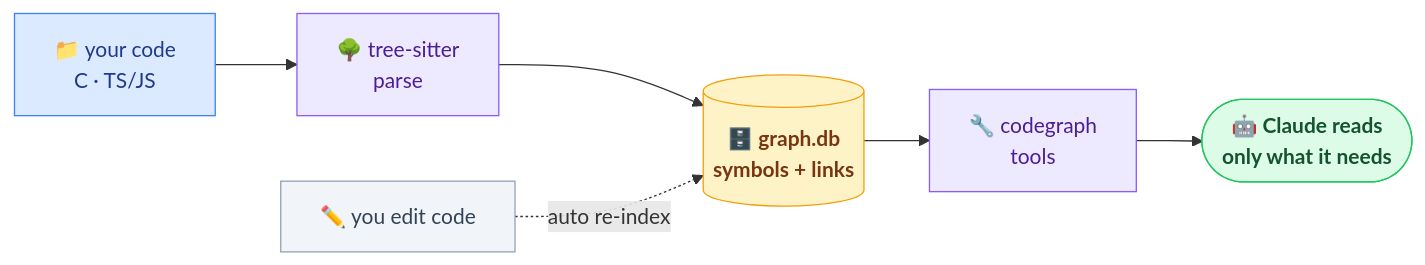
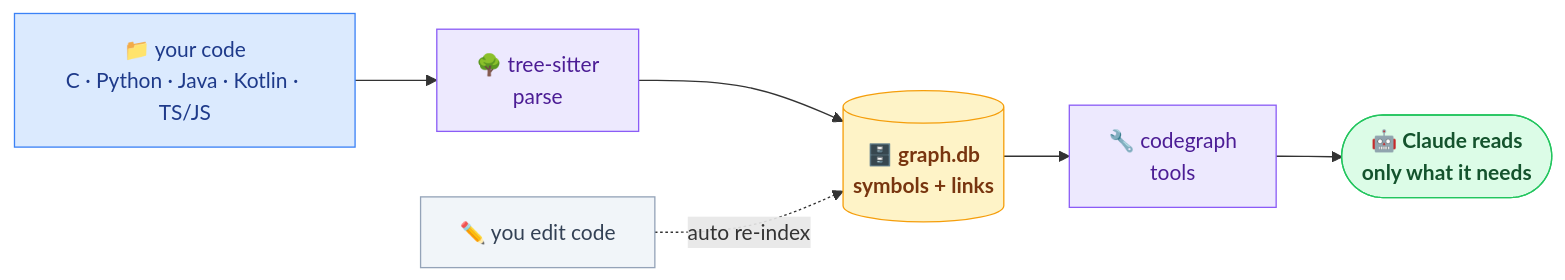
The second of 3 diagrams in README.md (kaleLetendre/wiregraph), drawn with Mermaid before and after one commit. The commit also changed other lines of this file and 97 other files, not shown here.

````diff
--- a/README.md
+++ b/README.md
@@ -44,11 +44,11 @@
 ```mermaid
 flowchart LR
-  src["📁 your code<br/>C · TS/JS"]:::src --> ts["🌳 tree-sitter<br/>parse"]:::proc --> db[("🗄️ graph.db<br/>symbols + links")]:::store
+  src["📁 your code<br/>C · Python · Java · Kotlin · TS/JS"]:::src --> ts["🌳 tree-sitter<br/>parse"]:::proc --> db[("🗄️ graph.db<br/>symbols + links")]:::store
   db --> mcp["🔧 codegraph<br/>tools"]:::proc --> claude(["🤖 Claude reads<br/>only what it needs"]):::ai
   edit["✏️ you edit code"]:::edit -. auto re-index .-> db
   classDef src fill:#dbeafe,stroke:#3b82f6,color:#1e3a8a
   classDef proc fill:#ede9fe,stroke:#8b5cf6,color:#4c1d95
   classDef store fill:#fef3c7,stroke:#f59e0b,color:#78350f,font-weight:bold
   classDef ai fill:#dcfce7,stroke:#22c55e,color:#14532d,font-weight:bold
   classDef edit fill:#f1f5f9,stroke:#94a3b8,color:#334155
 ```
````
